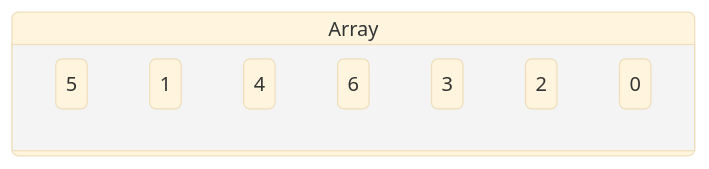
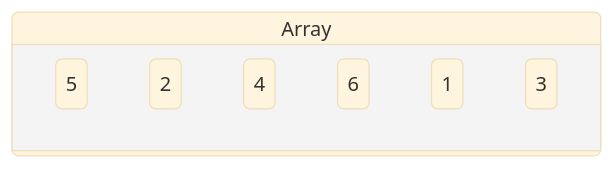
The ninth of 17 diagrams in docs/cs2430_CodingCadets_p1_Report.md (AegeanGrey/ProgrammingProject0_CS-2430), drawn with Mermaid (base theme) before and after one commit. The commit also changed other lines of this file and 1 other file, not shown here.

Commit message:
Updated comments for QuickSort.py and added diagram flow for quicksort

````diff
--- a/docs/cs2430_CodingCadets_p1_Report.md
+++ b/docs/cs2430_CodingCadets_p1_Report.md
@@ -304,13 +306,12 @@
 ```mermaid
 stateDiagram-v2
     direction LR
     state Array {
         five: 5
-        one: 1
+        two: 2
         four: 4
         six: 6
+        one: 1
         three: 3
-        two: 2
-        zero: 0
     }
 ```
````
